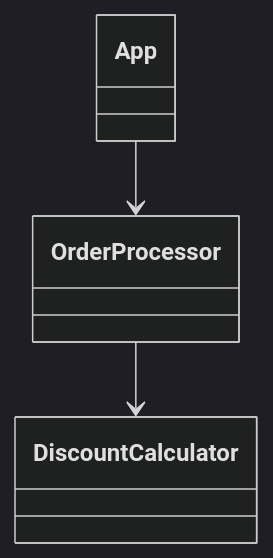
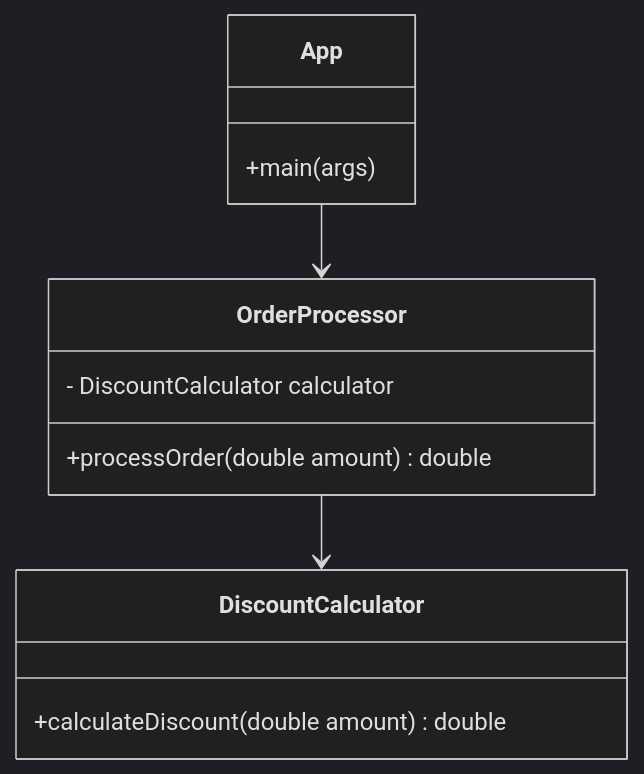
One commit to nowikarol/lab1-project changed the diagram in lab1-project/diagram.md. Above: the diagram before and after it, drawn with Mermaid (dark theme).

````diff
--- a/lab1-project/diagram.md
+++ b/lab1-project/diagram.md
@@ -1,9 +1,15 @@
 ```mermaid
 classDiagram
-    class App
-    class OrderProcessor
-    class DiscountCalculator
-
+    class App {
+        +main(args)
+    }
+    class OrderProcessor {
+        - DiscountCalculator calculator
+        +processOrder(double amount) double
+    }
+    class DiscountCalculator {
+        +calculateDiscount(double amount) double
+    }
     App --> OrderProcessor
     OrderProcessor --> DiscountCalculator
 ```
````
